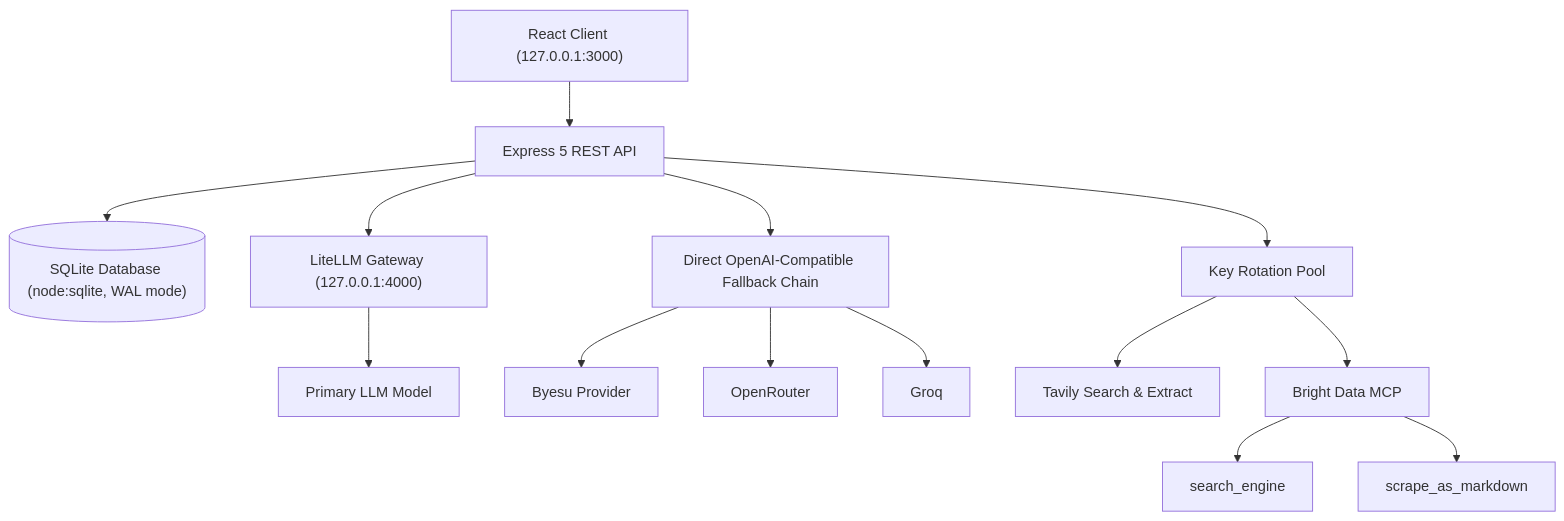
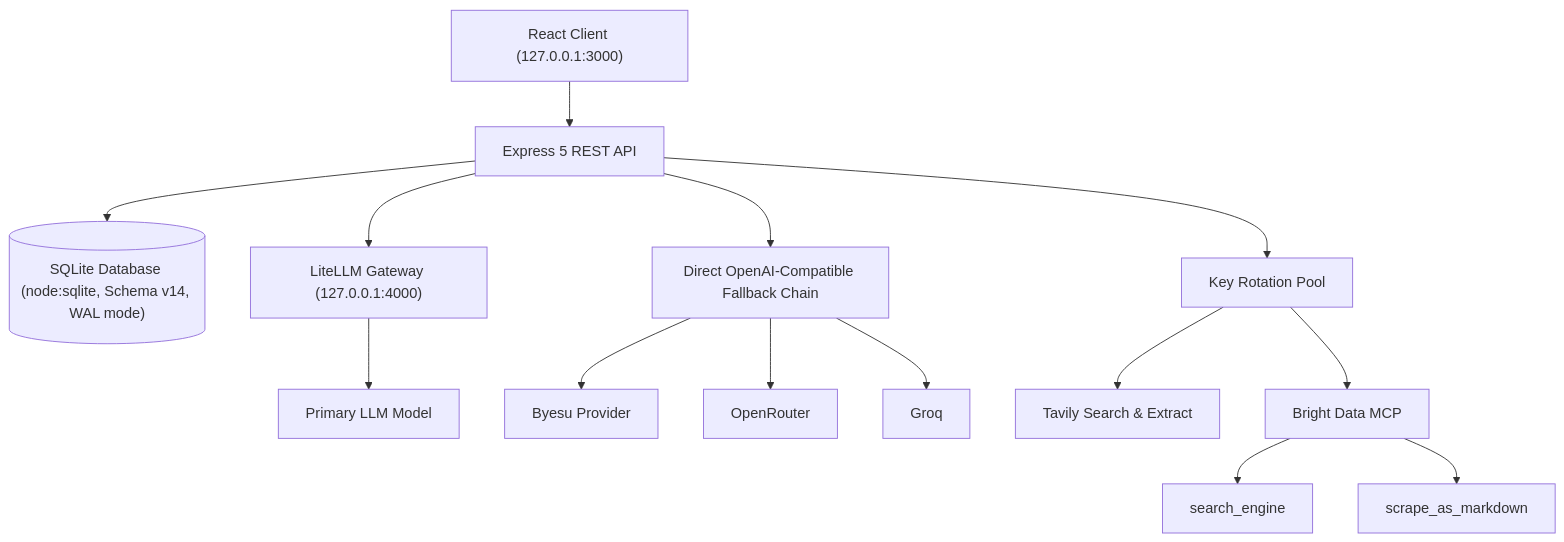
One commit to AliasHolmes/Apex-CRM changed the second of 2 diagrams in README.md. Above: the diagram before and after it, drawn with Mermaid. The commit also changed other lines of this file, not shown here.

Commit message:
docs: update README with 7-stage engine architecture, durable checkpoints, B2 conflict modal, and 180 tests

````diff
--- a/README.md
+++ b/README.md
@@ -94,18 +107,18 @@
 ```mermaid
 graph TD
     UI["React Client (127.0.0.1:3000)"] --> API["Express 5 REST API"]
-    API --> DB[("SQLite Database (node:sqlite, WAL mode)")]
+    API --> DB[("SQLite Database (node:sqlite, Schema v14, WAL mode)")]
 
     API --> Gateway["LiteLLM Gateway (127.0.0.1:4000)"]
     API --> Direct["Direct OpenAI-Compatible Fallback Chain"]
     Gateway --> Primary["Primary LLM Model"]
     Direct --> Byesu["Byesu Provider"]
     Direct --> OpenRouter["OpenRouter"]
     Direct --> Groq["Groq"]
 
     API --> KeyRotator["Key Rotation Pool"]
     KeyRotator --> Tavily["Tavily Search & Extract"]
     KeyRotator --> MCP["Bright Data MCP"]
     MCP --> BDSearch["search_engine"]
     MCP --> BDScrape["scrape_as_markdown"]
 ```
````
